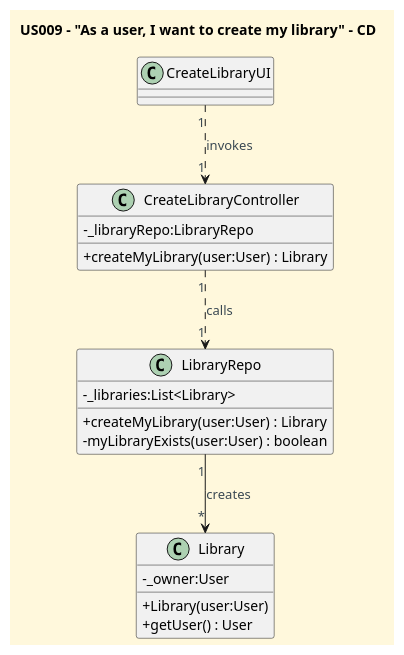
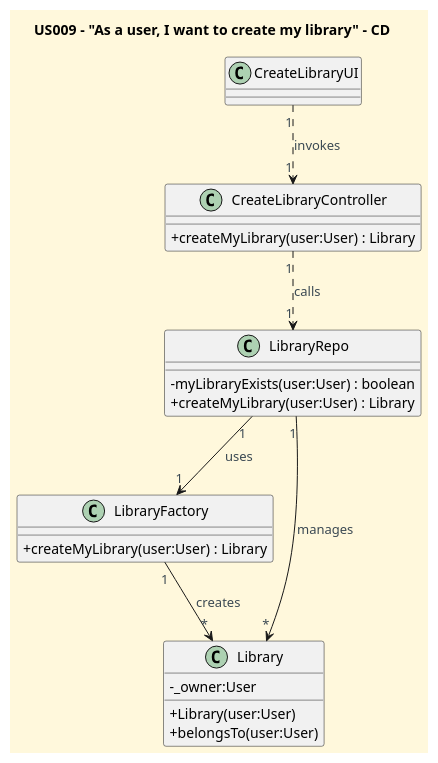
The diagram in docs/userStories/US009/US009_create_my_library_CD.puml (CarolinaLeite-collab/JavaMarketplacePlatform), drawn with PlantUML before and after one commit. The commit also changed 1 other file, not shown here.

Commit message:
Refactor US009 to apply Factory pattern: Updated SD and CD #68

```diff
--- a/docs/userStories/US009/US009_create_my_library_CD.puml
+++ b/docs/userStories/US009/US009_create_my_library_CD.puml
@@ -1,44 +1,52 @@
 @startuml
 'https://plantuml.com/class-diagram
 title US009 – "As a user, I want to create my library" - CD
 
 '==== basic style ====
 skinparam monochrome false
 skinparam shadowing false
 skinparam defaultFontName Futura
 skinparam objectFontSize 20
 skinparam backgroundColor CornSilk
 skinparam objectBackgroundColor WhiteSmoke
 skinparam noteBackgroundColor #FFFFE0
 skinparam ArrowFontColor #3B4953
 skinparam ActivationBackgroundColor black
 skinparam classAttributeIconSize 0
 
 class CreateLibraryUI {
 }
 
 class CreateLibraryController {
-  -_libraryRepo:LibraryRepo
   + createMyLibrary(user:User) : Library
 }
 
 class LibraryRepo {
--_libraries:List<Library>
+  - myLibraryExists(user:User) : boolean
   + createMyLibrary(user:User) : Library
-  - myLibraryExists(user:User) : boolean
+ '+ save(library: Library) : Library'
+
+}
+class LibraryFactory {
++ createMyLibrary(user:User) : Library
 }
 
 class Library {
   - _owner:User
   + Library(user:User)
-  + getUser() : User
+  +belongsTo(user:User)
 }
 
 'class User {
 '}
 
 CreateLibraryUI "1" ..> "1" CreateLibraryController : invokes
+'CreateLibraryController "1" ..> "1" FactoryLibrary : calls
 CreateLibraryController "1" ..> "1" LibraryRepo : calls
-LibraryRepo "1" --> "*" Library : creates
+'CreateLibraryController "1" --> "1" LibraryRepo : saves
+LibraryRepo "1" --> "1" LibraryFactory : uses
+LibraryFactory "1" --> "*" Library : creates
+LibraryRepo "1" --> "*" Library : manages
+'User "1" --> "1" Library: owns
 
 @enduml
```
